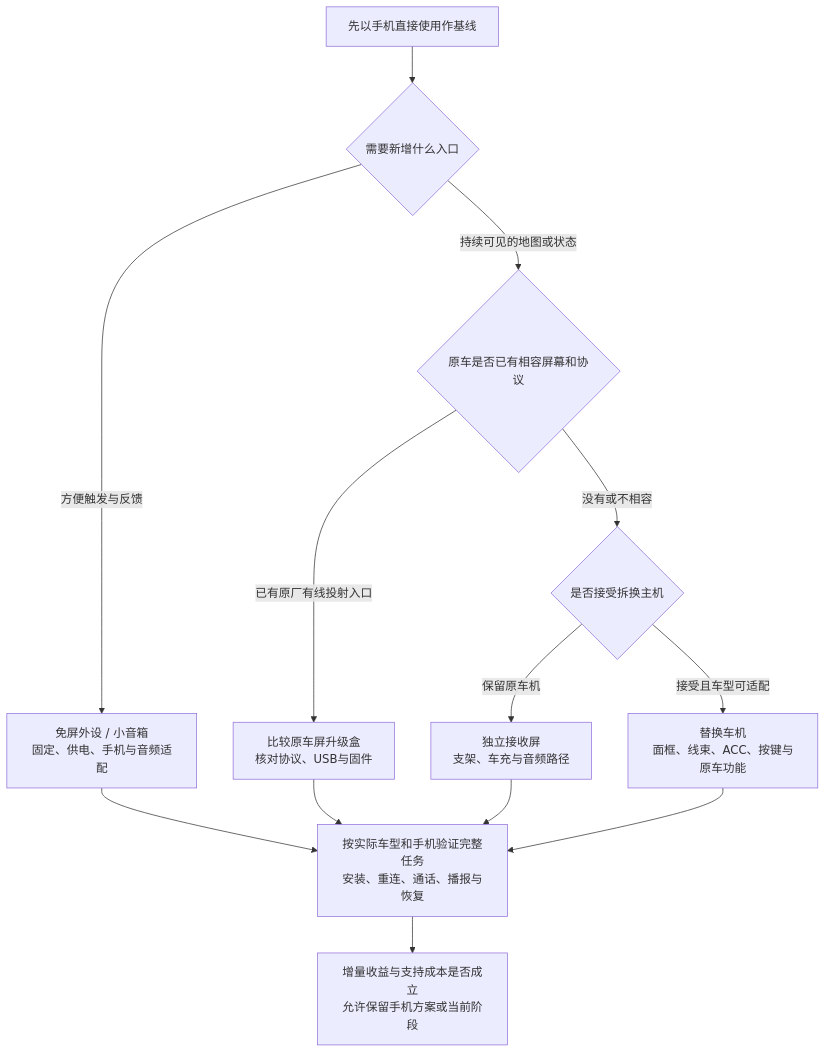
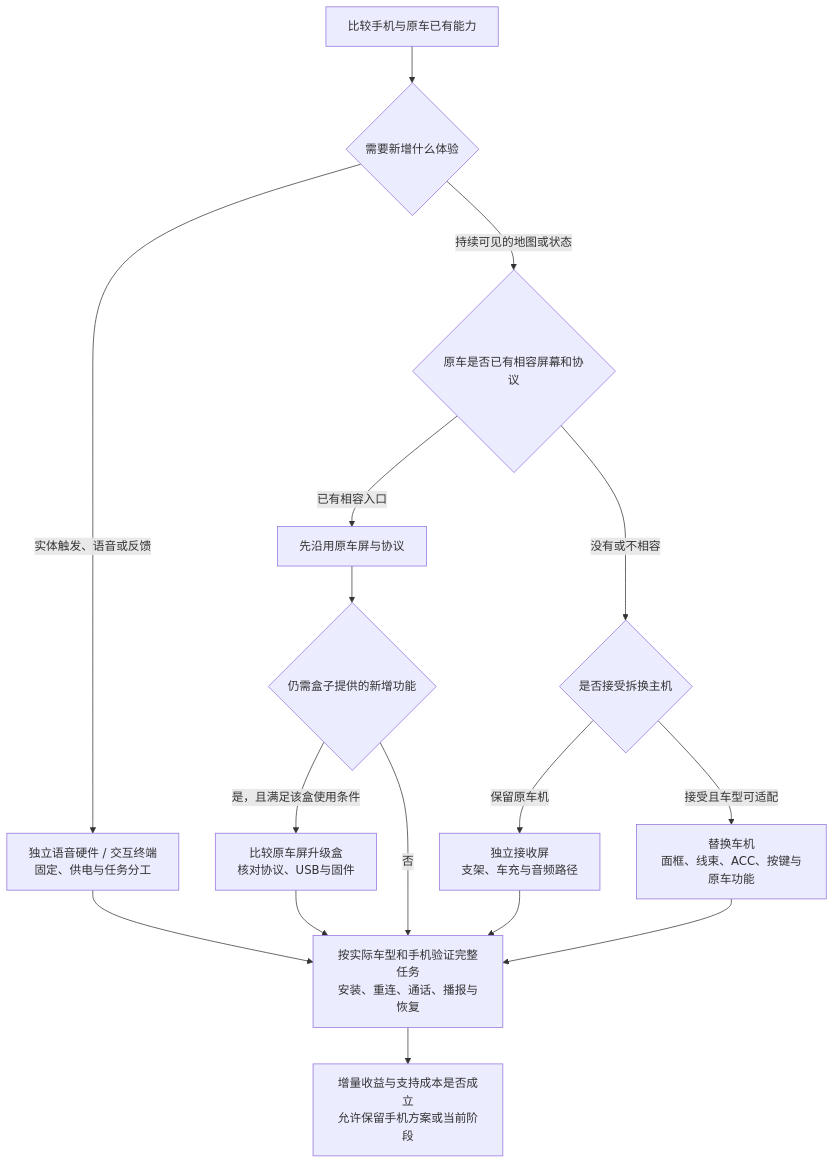
The sixth of 12 diagrams in content/research.md (DreamSoul-AI/in-vehicle-ai-research), drawn with Mermaid before and after one commit. The commit also changed other lines of this file and 42 other files, not shown here.

````diff
--- a/content/research.md
+++ b/content/research.md
@@ -375,20 +326,23 @@
 ```mermaid
 %% title: 硬件载体与安装选型
-%% 图3 按车辆条件选择载体。分析示意，是评估分支，不是采购推荐或保证兼容。
+%% 按车辆条件评估载体；具体型号仍需验证安装与兼容。
 %% 来源 https://carpuride.com/products/carpuride-w903-portable-smart-multimedia-dashboard-console-with-front-camera
 %% 来源 https://www.atotodirect.com/en-gb/pages/manual-460-en
 %% 来源 https://www.carlinkit.com/uhd6225
 flowchart TB
-  START["先以手机直接使用作基线"] --> NEED{"需要新增什么入口"}
-  NEED -->|"方便触发与反馈"| VOICE["免屏外设 / 小音箱<br/>固定、供电、手机与音频适配"]
+  START["比较手机与原车已有能力"] --> NEED{"需要新增什么体验"}
+  NEED -->|"实体触发、语音或反馈"| VOICE["独立语音硬件 / 交互终端<br/>固定、供电与任务分工"]
   NEED -->|"持续可见的地图或状态"| SCREEN{"原车是否已有相容屏幕和协议"}
-  SCREEN -->|"已有原厂有线投射入口"| BOX["比较原车屏升级盒<br/>核对协议、USB与固件"]
+  SCREEN -->|"已有相容入口"| REUSE["先沿用原车屏与协议"]
+  REUSE --> EXTRA{"仍需盒子提供的新增功能"}
+  EXTRA -->|"是，且满足该盒使用条件"| BOX["比较原车屏升级盒<br/>核对协议、USB与固件"]
+  EXTRA -->|"否"| VALIDATE
   SCREEN -->|"没有或不相容"| INSTALL{"是否接受拆换主机"}
   INSTALL -->|"保留原车机"| PORTABLE["独立接收屏<br/>支架、车充与音频路径"]
   INSTALL -->|"接受且车型可适配"| HEADUNIT["替换车机<br/>面框、线束、ACC、按键与原车功能"]
   VOICE --> VALIDATE["按实际车型和手机验证完整任务<br/>安装、重连、通话、播报与恢复"]
   BOX --> VALIDATE
   PORTABLE --> VALIDATE
   HEADUNIT --> VALIDATE
   VALIDATE --> DECIDE["增量收益与支持成本是否成立<br/>允许保留手机方案或当前阶段"]
 ```
````
